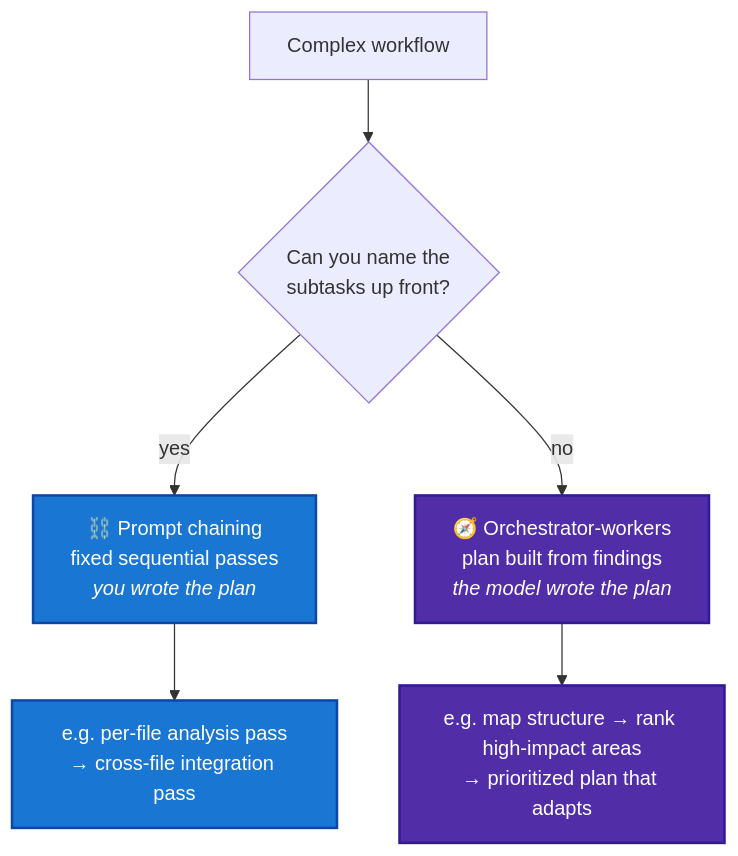
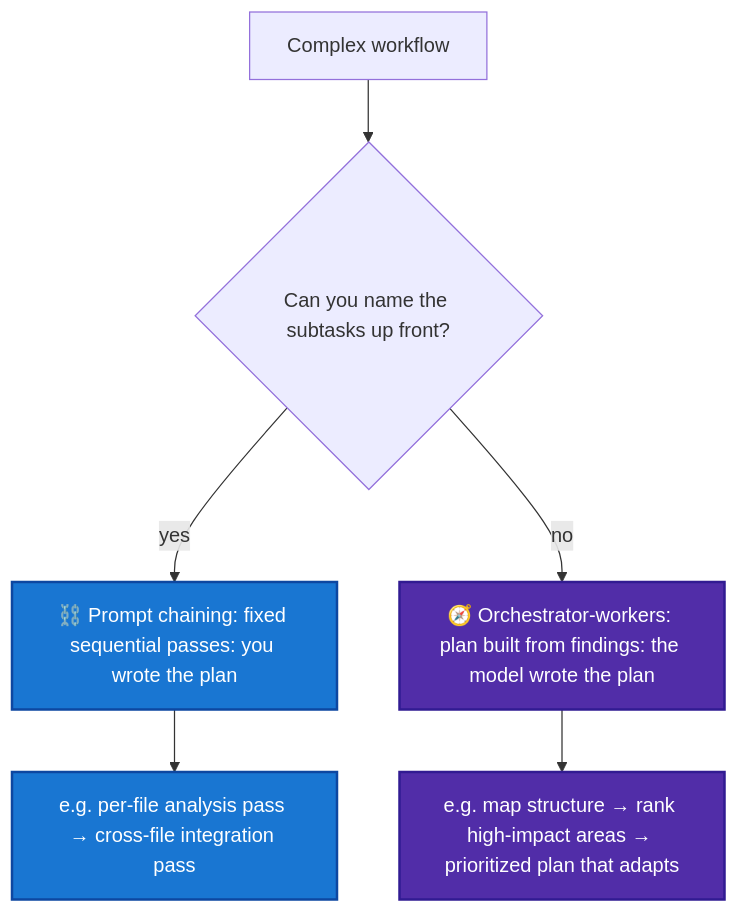
Before and after one commit to parmar-m/claude-architect-certification-prep: the sixth of 8 diagrams in CCA-F/domains/d1-agentic-architecture.md, drawn with Mermaid. The commit also changed other lines of this file and 25 other files, not shown here.

````diff
--- a/CCA-F/domains/d1-agentic-architecture.md
+++ b/CCA-F/domains/d1-agentic-architecture.md
@@ -514,12 +514,12 @@
 ```mermaid
 flowchart TD
-    T[Complex workflow] --> Q{Can you name the<br/>subtasks up front?}
-    Q -- yes --> PC["⛓️ Prompt chaining<br/>fixed sequential passes<br/><i>you wrote the plan</i>"]
-    PC --> PCE["e.g. per-file analysis pass<br/>→ cross-file integration pass"]
-    Q -- no --> DD["🧭 Orchestrator-workers<br/>plan built from findings<br/><i>the model wrote the plan</i>"]
-    DD --> DDE["e.g. map structure → rank high-impact areas<br/>→ prioritized plan that adapts"]
+    T[Complex workflow] --> Q{"Can you name the subtasks up front?"}
+    Q -- yes --> PC["⛓️ Prompt chaining: fixed sequential passes: you wrote the plan"]
+    PC --> PCE["e.g. per-file analysis pass → cross-file integration pass"]
+    Q -- no --> DD["🧭 Orchestrator-workers: plan built from findings: the model wrote the plan"]
+    DD --> DDE["e.g. map structure → rank high-impact areas → prioritized plan that adapts"]
     classDef fixed fill:#1976D2,color:#fff,stroke:#0D47A1,stroke-width:2px
     classDef dyn fill:#512DA8,color:#fff,stroke:#311B92,stroke-width:2px
     class PC,PCE fixed
     class DD,DDE dyn
 ```
````
